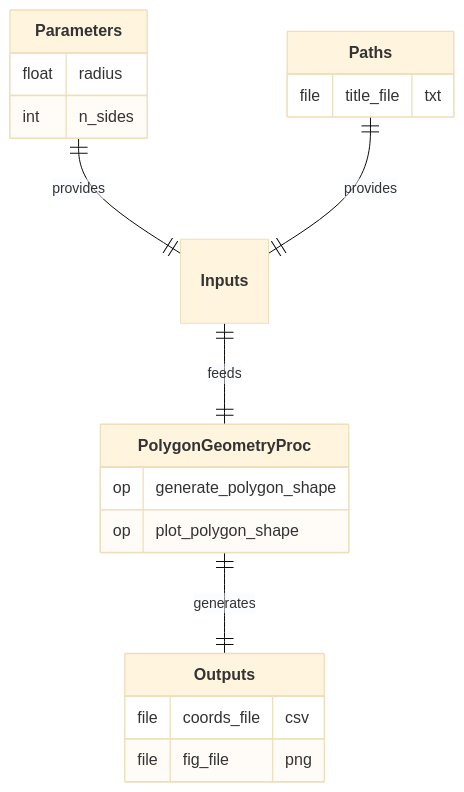
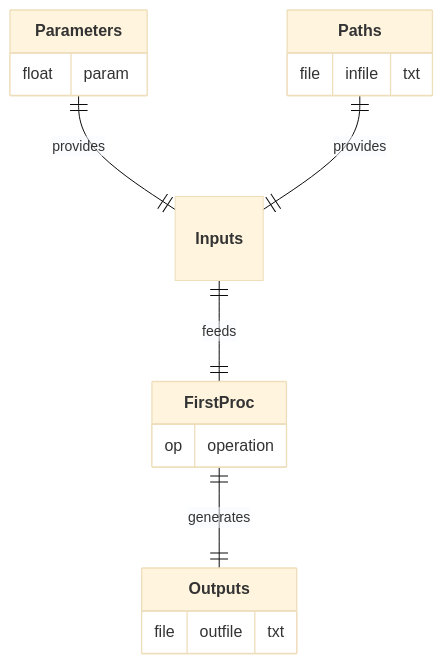
The diagram in src/labs/apps/general/BASE_APP/procs/FirstProc/README.md (nuremics/nuremics-labs), drawn with Mermaid (base theme) before and after one commit. The commit also changed other lines of this file, not shown here.

Commit message:
update README FirstProc

````diff
--- a/src/labs/apps/general/BASE_APP/procs/FirstProc/README.md
+++ b/src/labs/apps/general/BASE_APP/procs/FirstProc/README.md
@@ -15,23 +12,20 @@
 ```mermaid
 erDiagram
   **Parameters** ||--|| **Inputs** : provides
   **Paths** ||--|| **Inputs** : provides
-  **Inputs** ||--|| **PolygonGeometryProc** : feeds
-  **PolygonGeometryProc** ||--|| **Outputs** : generates
+  **Inputs** ||--|| **FirstProc** : feeds
+  **FirstProc** ||--|| **Outputs** : generates
 
   **Parameters** {
-    float radius
-    int n_sides
+    float param
   }
   **Paths** {
-    file title_file "txt"
+    file infile "txt"
   }
-  **PolygonGeometryProc** {
-    op generate_polygon_shape
-    op plot_polygon_shape
+  **FirstProc** {
+    op operation
   }
   **Outputs** {
-    file coords_file "csv"
-    file fig_file "png"
+    file outfile "txt"
   }
 ```
````
